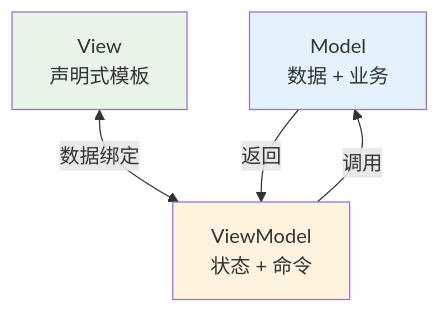
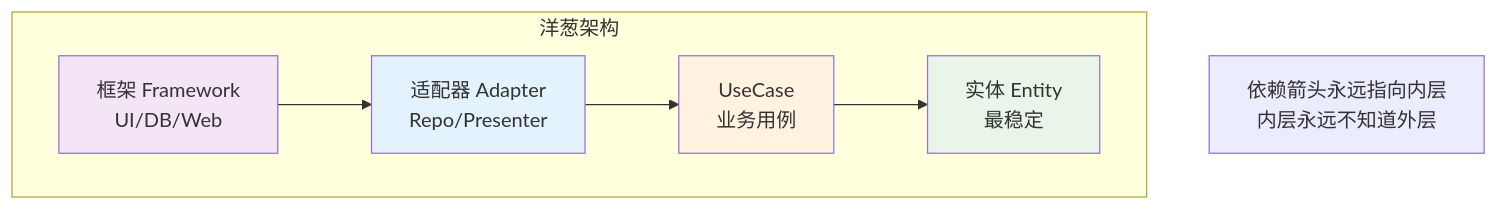
Before and after one commit to chongyang211/YCBookBlog: the tenth of 12 diagrams in docs/10.真经/05.方案设计思想/01.通用架构设计方案.md, drawn with Mermaid. The commit also changed other lines of this file and 36 other files, not shown here.

````diff
--- a/docs/10.真经/05.方案设计思想/01.通用架构设计方案.md
+++ b/docs/10.真经/05.方案设计思想/01.通用架构设计方案.md
@@ -402,14 +629,20 @@
 ```mermaid
 graph TB
-    M[Model<br/>数据 + 业务]
-    V[View<br/>声明式模板]
-    VM[ViewModel<br/>状态 + 命令]
+    subgraph "洋葱架构"
+        E[实体 Entity<br/>最稳定]
+        U[UseCase<br/>业务用例]
+        A[适配器 Adapter<br/>Repo/Presenter]
+        F[框架 Framework<br/>UI/DB/Web]
+    end
     
-    V <-->|数据绑定| VM
-    VM -->|调用| M
-    M -->|返回| VM
+    F --> A
+    A --> U
+    U --> E
     
-    style M fill:#e3f2fd
-    style V fill:#e8f5e8
-    style VM fill:#fff3e0
+    Note[依赖箭头永远指向内层<br/>内层永远不知道外层]
+    
+    style E fill:#e8f5e8
+    style U fill:#fff3e0
+    style A fill:#e3f2fd
+    style F fill:#f3e5f5
 ```
````
